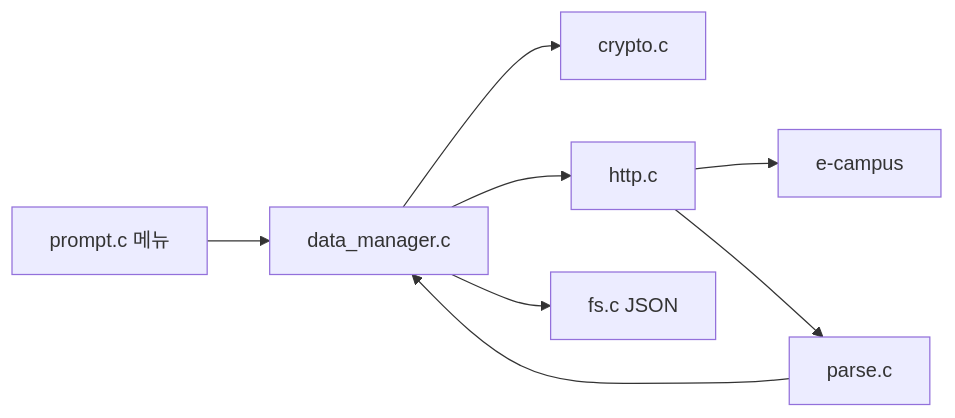
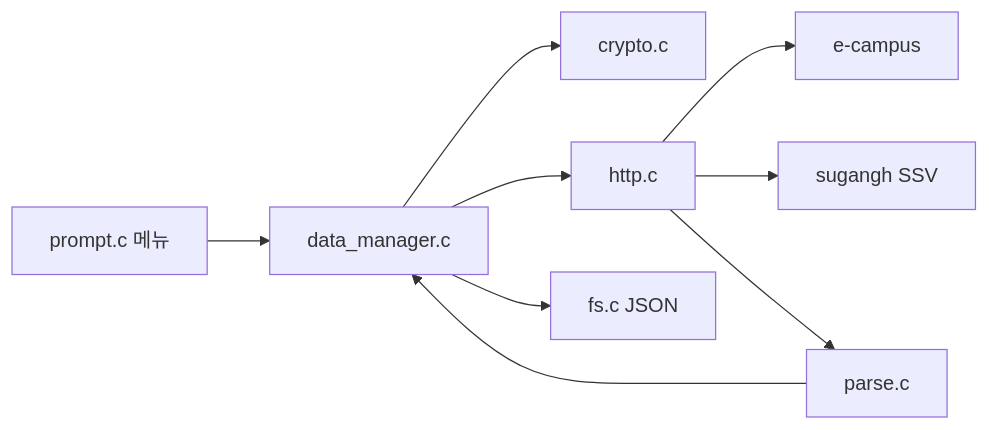
Before and after one commit to hy040504/seowon-cli: the diagram in README.md, drawn with Mermaid. The commit also changed other lines of this file, not shown here.

````diff
--- a/README.md
+++ b/README.md
@@ -145,10 +165,11 @@
 ```mermaid
 flowchart LR
   A[prompt.c 메뉴] --> B[data_manager.c]
   B --> C[crypto.c]
   B --> D[http.c]
   D --> E[e-campus]
+  D --> H[sugangh SSV]
   D --> F[parse.c]
   F --> B
   B --> G[fs.c JSON]
 ```
````
